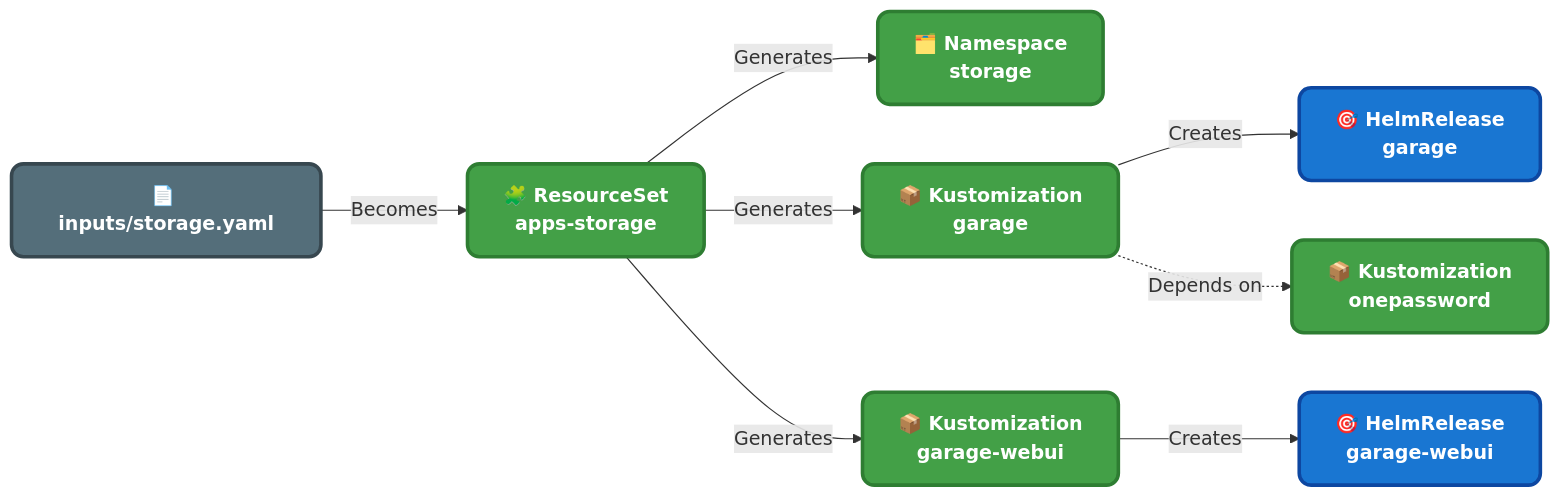
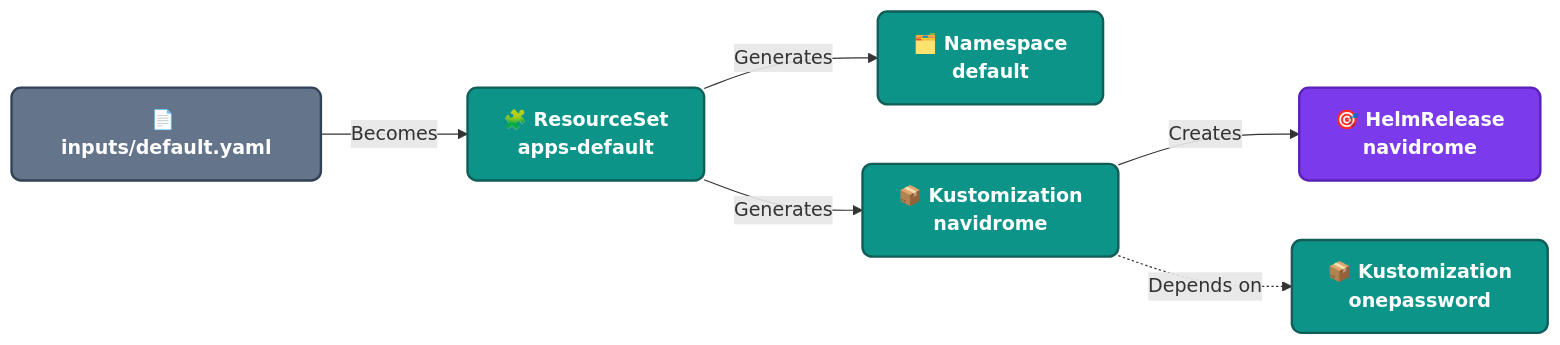
One commit to oscaromeu/home-ops changed the diagram in README.md. Above: the diagram before and after it, drawn with Mermaid. The commit also changed other lines of this file, not shown here.

Commit message:
docs: simplify the workflow diagram

````diff
--- a/README.md
+++ b/README.md
@@ -34,23 +34,19 @@
 ```mermaid
 graph LR
-    classDef file fill:#546E7A,stroke:#37474F,stroke-width:3px,color:#fff,font-weight:bold,rx:10,ry:10
-    classDef kustom fill:#43A047,stroke:#2E7D32,stroke-width:3px,color:#fff,font-weight:bold,rx:10,ry:10
-    classDef helm fill:#1976D2,stroke:#0D47A1,stroke-width:3px,color:#fff,font-weight:bold,rx:10,ry:10
+    classDef file fill:#64748B,stroke:#334155,stroke-width:2px,color:#fff,font-weight:bold,rx:8,ry:8
+    classDef kustom fill:#0D9488,stroke:#115E59,stroke-width:2px,color:#fff,font-weight:bold,rx:8,ry:8
+    classDef helm fill:#7C3AED,stroke:#5B21B6,stroke-width:2px,color:#fff,font-weight:bold,rx:8,ry:8
 
-    A["📄 inputs/storage.yaml"]:::file
-    B["🧩 ResourceSet<br/>apps-storage"]:::kustom
-    N["🗂️ Namespace<br/>storage"]:::kustom
-    C["📦 Kustomization<br/>garage"]:::kustom
-    D["📦 Kustomization<br/>garage-webui"]:::kustom
-    E["🎯 HelmRelease<br/>garage"]:::helm
-    F["🎯 HelmRelease<br/>garage-webui"]:::helm
+    A["📄 inputs/default.yaml"]:::file
+    B["🧩 ResourceSet<br/>apps-default"]:::kustom
+    N["🗂️ Namespace<br/>default"]:::kustom
+    C["📦 Kustomization<br/>navidrome"]:::kustom
+    E["🎯 HelmRelease<br/>navidrome"]:::helm
     G["📦 Kustomization<br/>onepassword"]:::kustom
 
     A -->|Becomes| B
     B -->|Generates| N
     B -->|Generates| C
-    B -->|Generates| D
     C -->|Creates| E
-    D -->|Creates| F
     C -.->|Depends on| G
 ```
````
